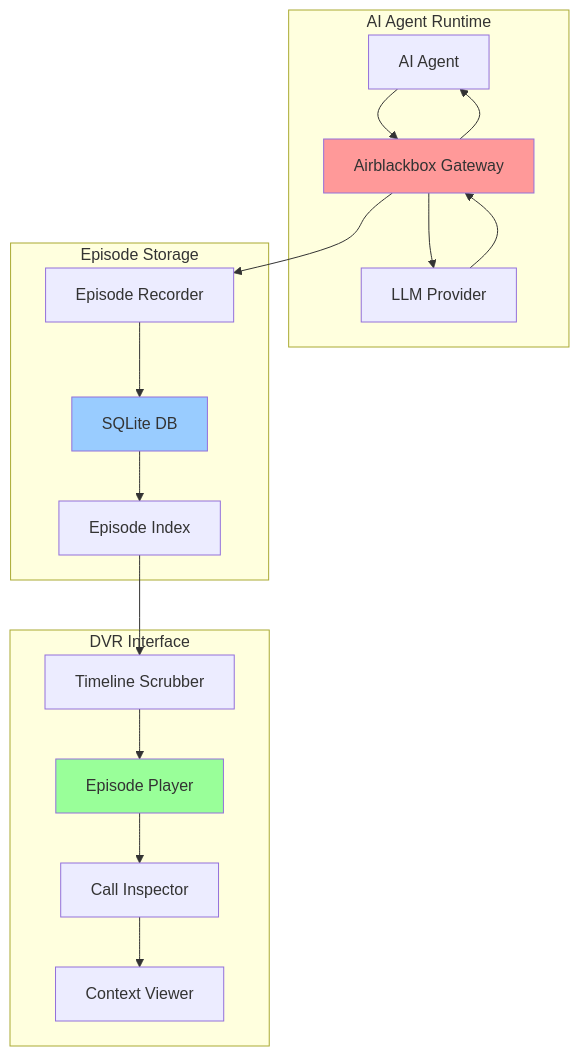
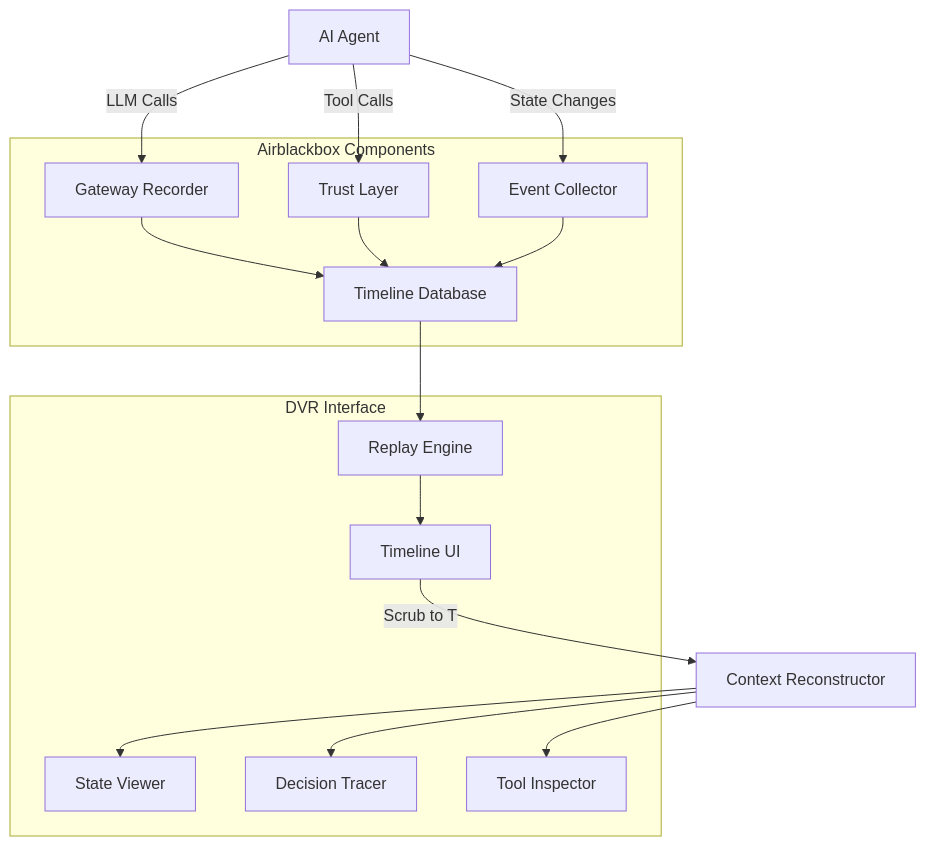
Before and after one commit to airblackbox/mr-bigglesworth-content: the diagram in README.md, drawn with Mermaid. The commit also changed other lines of this file, not shown here.

````diff
--- a/README.md
+++ b/README.md
@@ -33,27 +24,33 @@
 ```mermaid
-graph TB
-    subgraph "AI Agent Runtime"
-        A[AI Agent] --> B[Airblackbox Gateway]
-        B --> C[LLM Provider]
-        C --> B
-        B --> A
-    end
+graph TD
+    A[AI Agent] -->|LLM Calls| B[Gateway Recorder]
+    A -->|Tool Calls| C[Trust Layer]
+    A -->|State Changes| D[Event Collector]
     
-    subgraph "Episode Storage"
-        B --> D[Episode Recorder]
-        D --> E[SQLite DB]
-        E --> F[Episode Index]
+    B --> E[Timeline Database]
+    C --> E
+    D --> E
+    
+    E --> F[Replay Engine]
+    F --> G[Timeline UI]
+    
+    G -->|Scrub to T| H[Context Reconstructor]
+    H --> I[State Viewer]
+    H --> J[Decision Tracer]
+    H --> K[Tool Inspector]
+    
+    subgraph "Airblackbox Components"
+        B
+        C
+        D
+        E
     end
     
     subgraph "DVR Interface"
-        G[Timeline Scrubber] --> H[Episode Player]
-        H --> I[Call Inspector]
-        I --> J[Context Viewer]
+        F
+        G
+        I
+        J
+        K
     end
-    
-    F --> G
-    
-    style B fill:#ff9999
-    style E fill:#99ccff
-    style H fill:#99ff99
 ```
````
